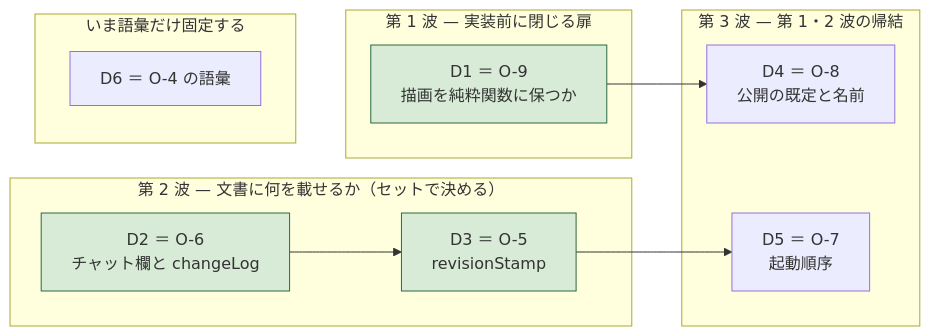
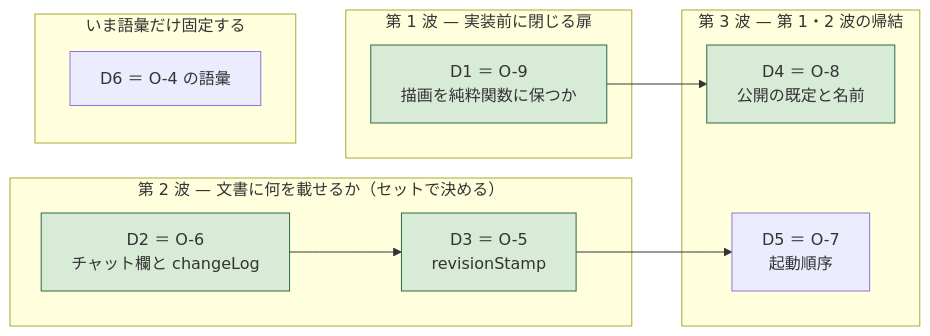
Before and after one commit to GoodRelax/gr-scheduler: the diagram in ai-cowork-trial/draft-for-handover/OPEN-ITEMS-ja.md, drawn with Mermaid. The commit also changed other lines of this file and 10 other files, not shown here.

````diff
--- a/ai-cowork-trial/draft-for-handover/OPEN-ITEMS-ja.md
+++ b/ai-cowork-trial/draft-for-handover/OPEN-ITEMS-ja.md
@@ -164,23 +228,24 @@
 ```mermaid
 flowchart LR
   subgraph w1["第 1 波 — 実装前に閉じる扉"]
     D1["D1 ＝ O-9<br/>描画を純粋関数に保つか"]
   end
   subgraph w2["第 2 波 — 文書に何を載せるか（セットで決める）"]
     D2["D2 ＝ O-6<br/>チャット欄と changeLog"]
     D3["D3 ＝ O-5<br/>revisionStamp"]
   end
   subgraph w3["第 3 波 — 第 1・2 波の帰結"]
     D4["D4 ＝ O-8<br/>公開の既定と名前"]
     D5["D5 ＝ O-7<br/>起動順序"]
   end
   subgraph w4["いま語彙だけ固定する"]
     D6["D6 ＝ O-4 の語彙"]
   end
   D1 --> D4
   style D1 fill:#d7ebd7,stroke:#2b6a3f
   D2 --> D3
   style D2 fill:#d7ebd7,stroke:#2b6a3f
   D3 --> D5
   style D3 fill:#d7ebd7,stroke:#2b6a3f
+  style D4 fill:#d7ebd7,stroke:#2b6a3f
 ```
````
